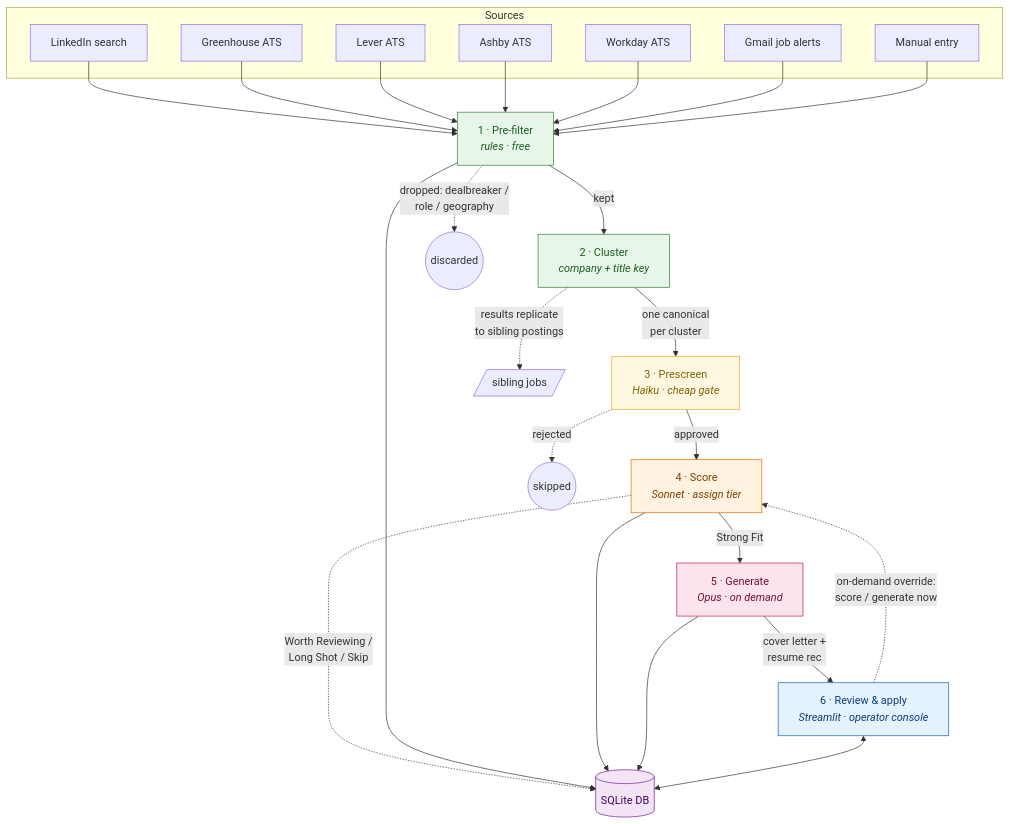
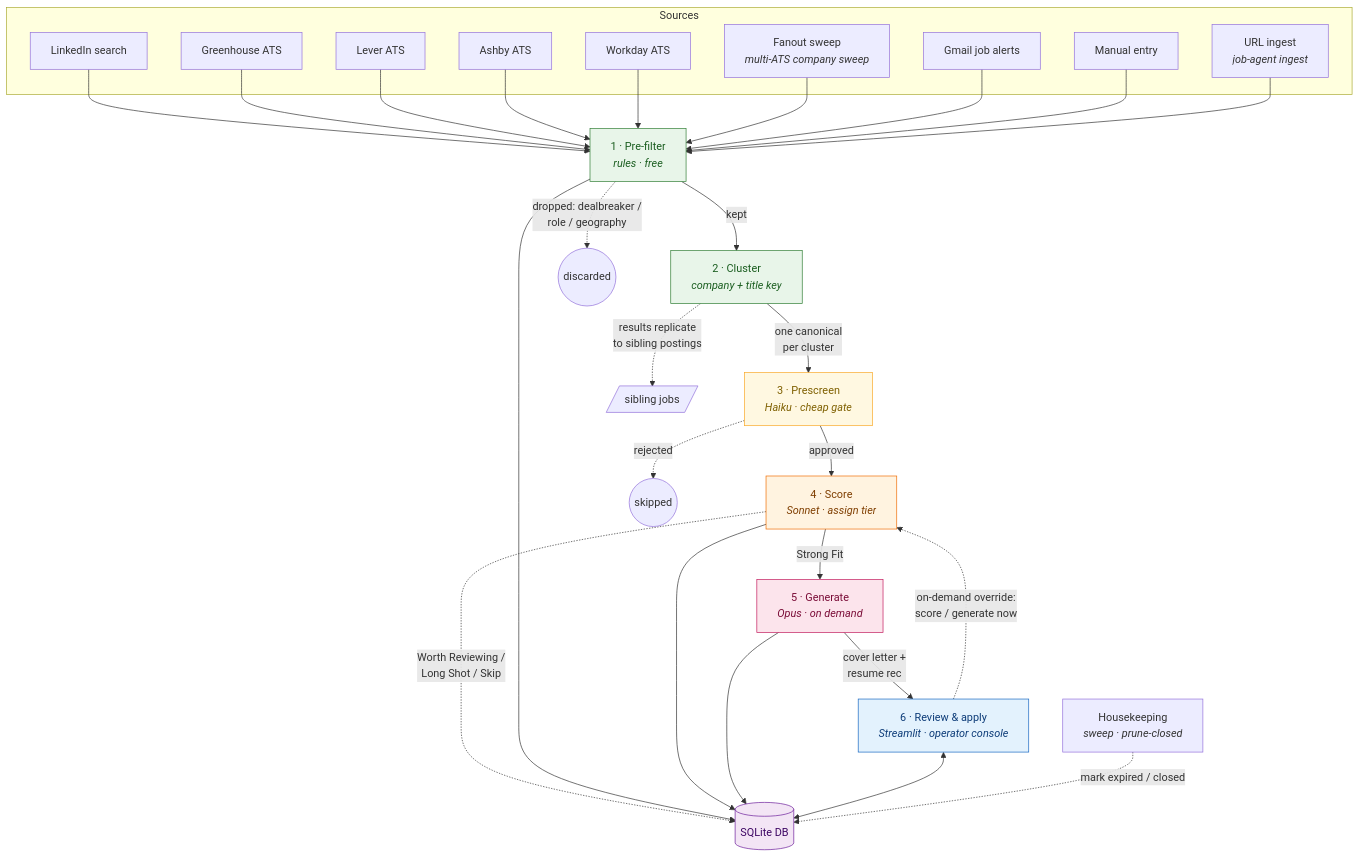
The diagram in flow.mmd (theokelly/job-search-pipeline), drawn with Mermaid before and after one commit. The commit also changed 1 other file, not shown here.

Commit message:
docs: flow diagram — fanout, ingest, housekeeping (Phase H2)
The funnel diagram predated three live paths: the fanout
multi-ATS sweep, single-URL ingest, and the housekeeping
stage (sweep / prune-closed marking postings expired or
closed). All three are drawn now; OVERVIEW.md mirrors
updated in the same commit, and its ASCII funnel list gains
Ashby, Workday, fanout, and ingest.

```diff
--- a/flow.mmd
+++ b/flow.mmd
@@ -1,56 +1,62 @@
 flowchart TD
     subgraph SRC[Sources]
         LI[LinkedIn search]
         GH[Greenhouse ATS]
         LV[Lever ATS]
         AS[Ashby ATS]
         WD[Workday ATS]
+        FAN[Fanout sweep<br/><i>multi-ATS company sweep</i>]
         EM[Gmail job alerts]
         MAN[Manual entry]
+        ING[URL ingest<br/><i>job-agent ingest</i>]
     end
 
     LI --> F
     GH --> F
     LV --> F
     AS --> F
     WD --> F
+    FAN --> F
     EM --> F
     MAN --> F
+    ING --> F
 
     F["1 · Pre-filter<br/><i>rules · free</i>"]
     CL["2 · Cluster<br/><i>company + title key</i>"]
     PS["3 · Prescreen<br/><i>Haiku · cheap gate</i>"]
     SC["4 · Score<br/><i>Sonnet · assign tier</i>"]
     GEN["5 · Generate<br/><i>Opus · on demand</i>"]
     UI["6 · Review &amp; apply<br/><i>Streamlit · operator console</i>"]
 
     F -->|kept| CL
     F -.->|dropped: dealbreaker /<br/>role / geography| X1((discarded))
     CL -->|one canonical<br/>per cluster| PS
     PS -->|approved| SC
     PS -.->|rejected| X2((skipped))
     SC -->|Strong Fit| GEN
     SC -.->|Worth Reviewing /<br/>Long Shot / Skip| DB[(SQLite DB)]
     GEN -->|cover letter +<br/>resume rec| UI
 
     CL -. "results replicate<br/>to sibling postings" .-> SIB[/sibling jobs/]
 
     F --> DB
     SC --> DB
     GEN --> DB
     UI <--> DB
+    HK["Housekeeping<br/><i>sweep · prune-closed</i>"]
+    HK -.->|mark expired / closed| DB
     UI -.->|on-demand override:<br/>score / generate now| SC
 
     classDef free fill:#e8f5e9,stroke:#2e7d32,color:#1b5e20;
     classDef cheap fill:#fff8e1,stroke:#f9a825,color:#7f6000;
     classDef mid fill:#fff3e0,stroke:#ef6c00,color:#7f3e00;
     classDef expensive fill:#fce4ec,stroke:#c2185b,color:#7a0c37;
     classDef human fill:#e3f2fd,stroke:#1565c0,color:#0d3c78;
     classDef store fill:#f3e5f5,stroke:#6a1b9a,color:#3e0764;
 
     class F,CL free;
     class PS cheap;
     class SC mid;
     class GEN expensive;
     class UI human;
     class DB store;
```
